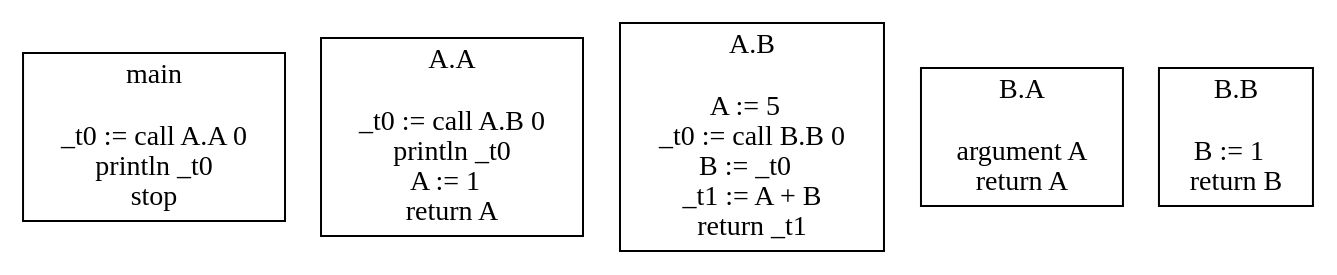
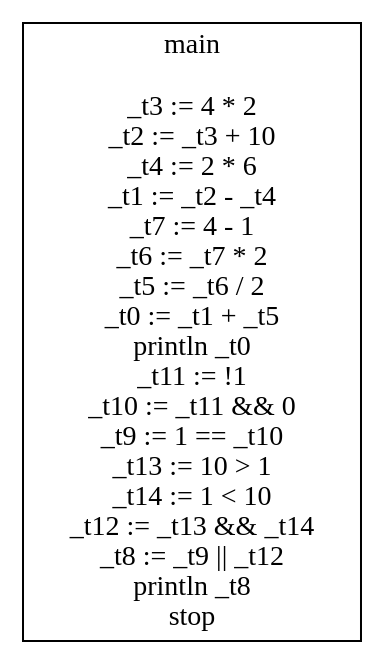
Before and after one commit to RealNexa/DV1655-compiler: the diagram in getting_started/CFG.dot, drawn with Graphviz. The commit also changed 8 other files, not shown here.

```diff
--- a/getting_started/CFG.dot
+++ b/getting_started/CFG.dot
@@ -1,25 +1,23 @@
 digraph {
 graph [splines=ortho]
 node [shape=box]
-"main" [label="main\n\n_t0 := call A.A 0
+"main" [label="main\n\n_t3 := 4 * 2
+_t2 := _t3 + 10
+_t4 := 2 * 6
+_t1 := _t2 - _t4
+_t7 := 4 - 1
+_t6 := _t7 * 2
+_t5 := _t6 / 2
+_t0 := _t1 + _t5
 println _t0
+_t11 := !1
+_t10 := _t11 && 0
+_t9 := 1 == _t10
+_t13 := 10 > 1
+_t14 := 1 < 10
+_t12 := _t13 && _t14
+_t8 := _t9 || _t12
+println _t8
 stop
 "];
-"A.A" [label="A.A\n\n_t0 := call A.B 0
-println _t0
-A := 1  
-return A
-"];
-"A.B" [label="A.B\n\nA := 5  
-_t0 := call B.B 0
-B := _t0  
-_t1 := A + B
-return _t1
-"];
-"B.A" [label="B.A\n\nargument A
-return A
-"];
-"B.B" [label="B.B\n\nB := 1  
-return B
-"];
 }
```
